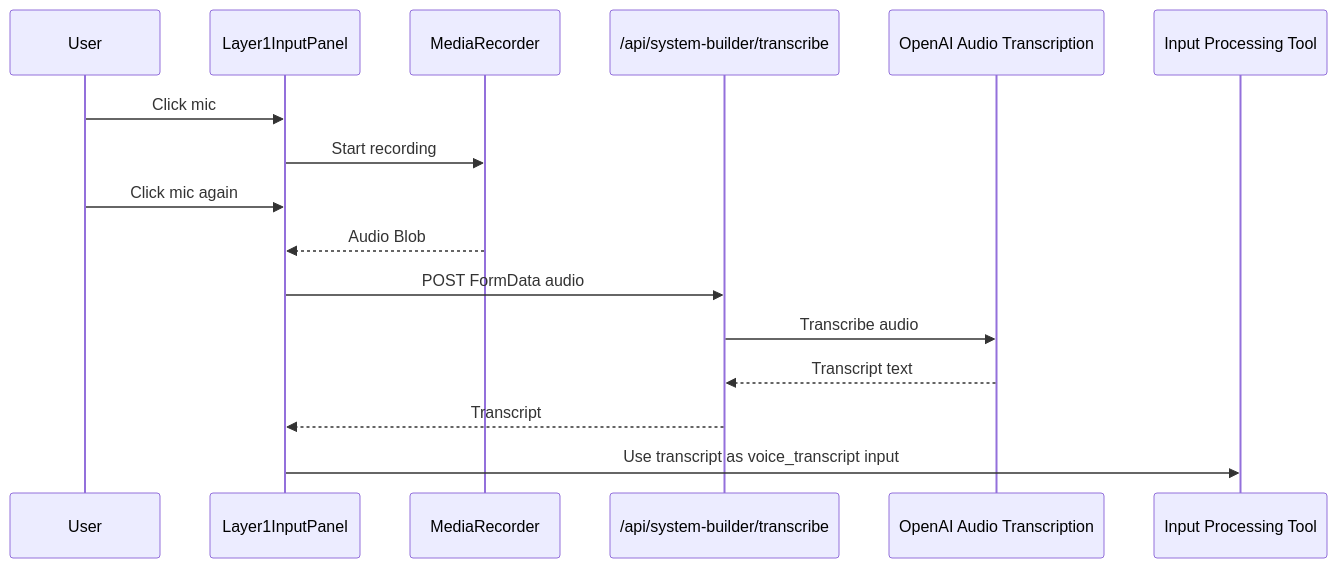
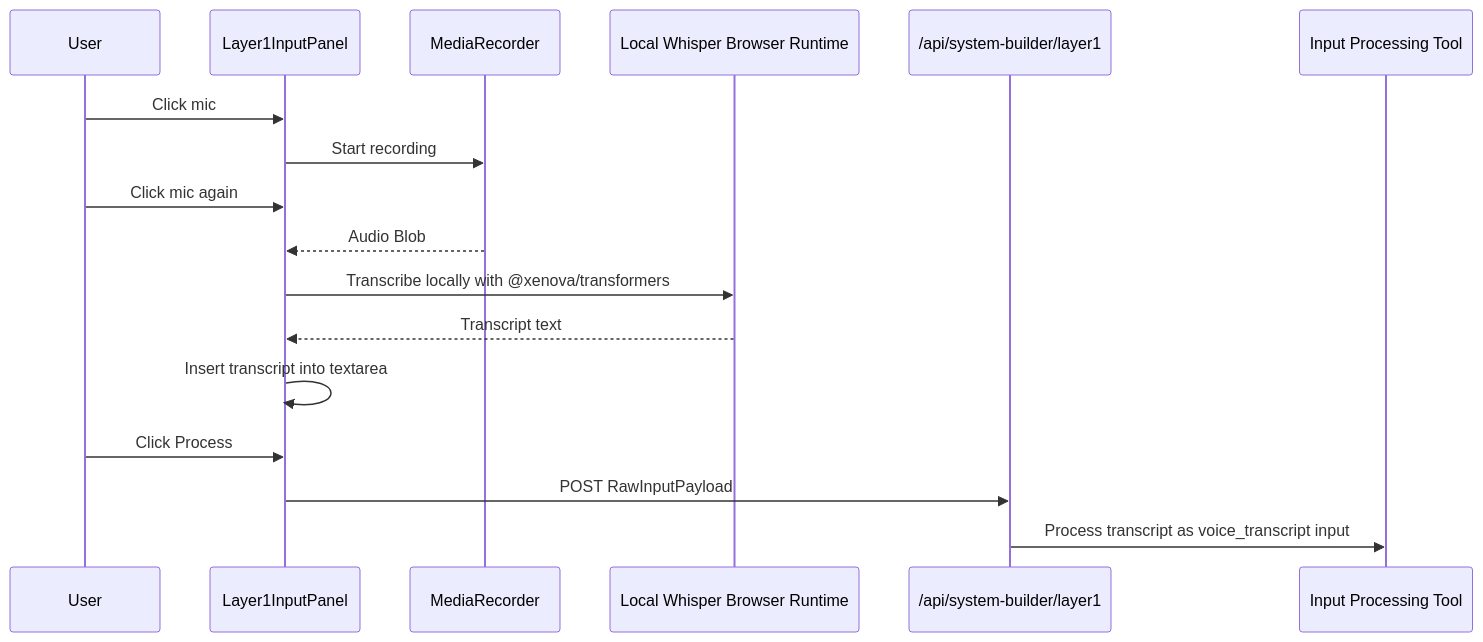
Before and after one commit to ProductMasterz/Mujarrad-Frontend: the fourth of 20 diagrams in Docs/system-design-detailed-plan.md, drawn with Mermaid. The commit also changed other lines of this file and 5 other files, not shown here.

Commit message:
Use local Whisper transcription for system builder input

````diff
--- a/Docs/system-design-detailed-plan.md
+++ b/Docs/system-design-detailed-plan.md
@@ -521,19 +522,20 @@
 ```mermaid
 sequenceDiagram
     participant User
     participant UI as Layer1InputPanel
     participant Browser as MediaRecorder
-    participant API as /api/system-builder/transcribe
-    participant Provider as OpenAI Audio Transcription
+    participant Whisper as Local Whisper Browser Runtime
+    participant Runtime as /api/system-builder/layer1
     participant Pipeline as Input Processing Tool
 
     User->>UI: Click mic
     UI->>Browser: Start recording
     User->>UI: Click mic again
     Browser-->>UI: Audio Blob
-    UI->>API: POST FormData audio
-    API->>Provider: Transcribe audio
-    Provider-->>API: Transcript text
-    API-->>UI: Transcript
-    UI->>Pipeline: Use transcript as voice_transcript input
+    UI->>Whisper: Transcribe locally with @xenova/transformers
+    Whisper-->>UI: Transcript text
+    UI->>UI: Insert transcript into textarea
+    User->>UI: Click Process
+    UI->>Runtime: POST RawInputPayload
+    Runtime->>Pipeline: Process transcript as voice_transcript input
 ```
````
